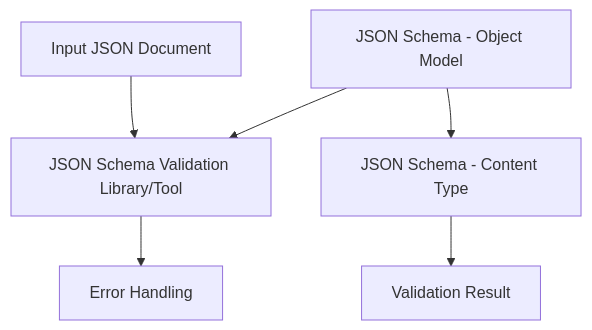
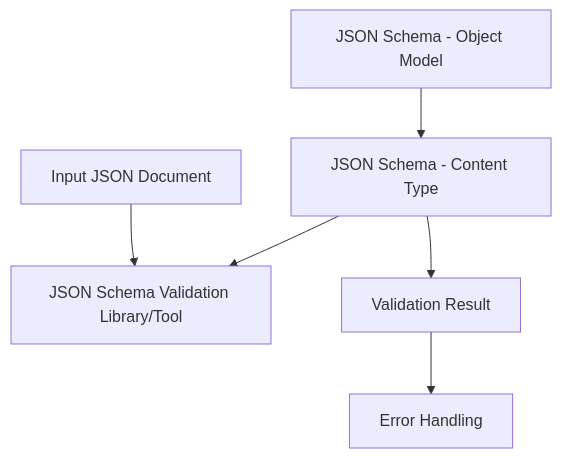
One commit to mattbriggs/tech-doc-generator changed the diagram in patterns-rules/linter-rules-reqs-sketch.md. Above: the diagram before and after it, drawn with Mermaid.

Commit message:
Add items

````diff
--- a/patterns-rules/linter-rules-reqs-sketch.md
+++ b/patterns-rules/linter-rules-reqs-sketch.md
@@ -17,14 +17,14 @@
 ```mermaid
 graph TD
     A[Input JSON Document]
     B[JSON Schema - Object Model]
     C[JSON Schema - Content Type]
     D[JSON Schema Validation Library/Tool]
     E[Validation Result]
     F[Error Handling]
     A-->D
     B-->C
-    B-->D
+    C-->D
     C-->E
-    D-->F
+    E-->F
 ```
````
